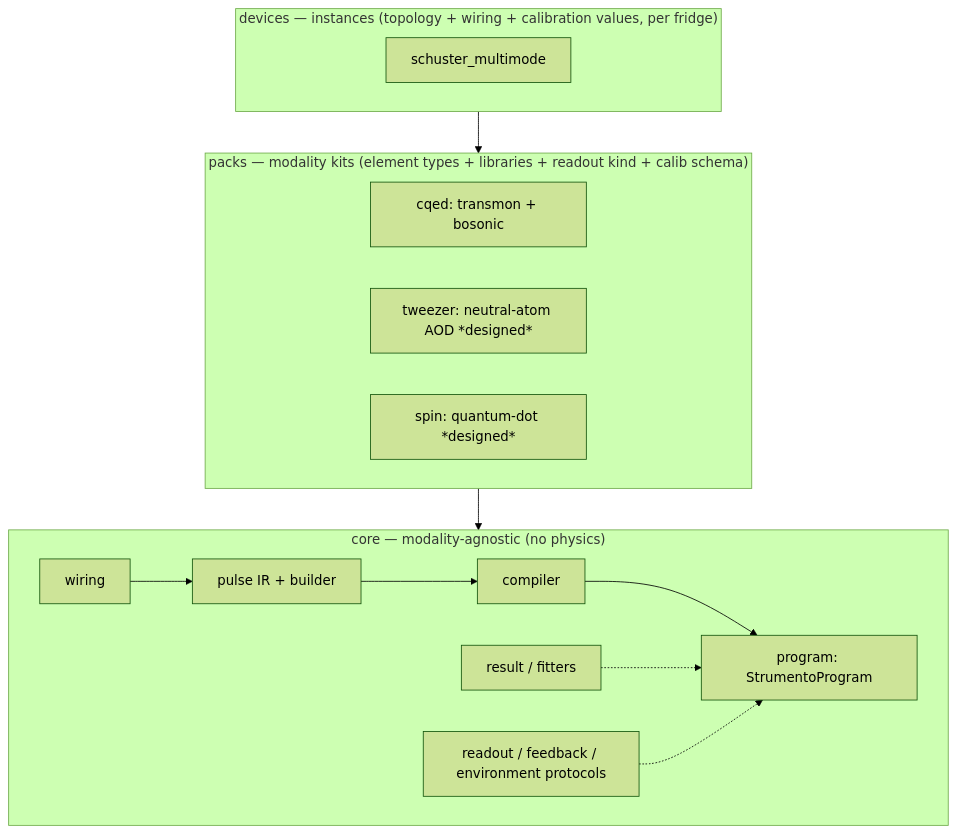
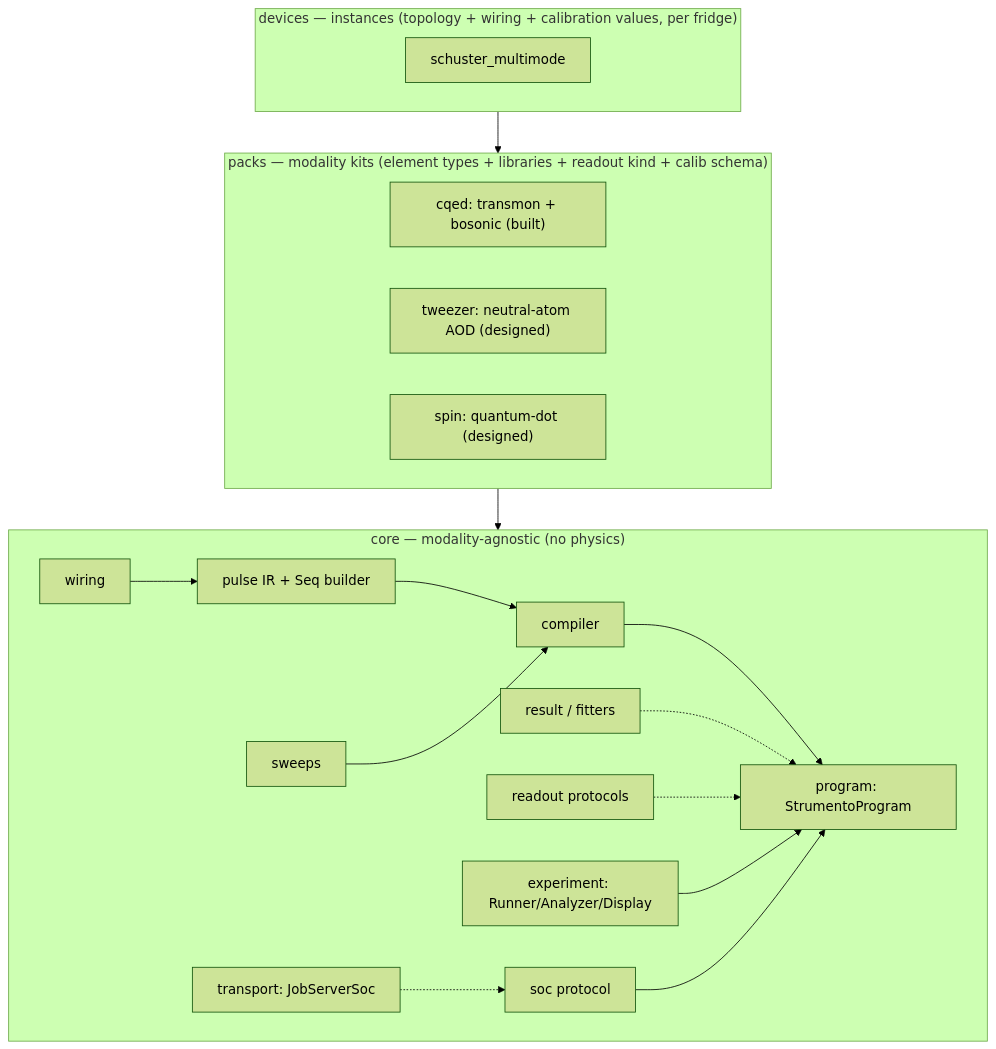
The diagram in README.md (harmoniqs/strumento), drawn with Mermaid (forest theme) before and after one commit. The commit also changed other lines of this file and 2 other files, not shown here.

````diff
--- a/README.md
+++ b/README.md
@@ -56,20 +231,24 @@
 ```mermaid
 flowchart TD
     subgraph core["core — modality-agnostic (no physics)"]
-        W[wiring] --> P[pulse IR + builder]
+        W[wiring] --> P[pulse IR + Seq builder]
         P --> C[compiler]
         C --> PR[program: StrumentoProgram]
+        SW[sweeps] --> C
         R[result / fitters] -.-> PR
-        RK[readout / feedback / environment protocols] -.-> PR
+        RK[readout protocols] -.-> PR
+        EX[experiment: Runner/Analyzer/Display] --> PR
+        SOC[soc protocol] --> PR
+        TR[transport: JobServerSoc] -.-> SOC
     end
     subgraph packs["packs — modality kits (element types + libraries + readout kind + calib schema)"]
-        CQED[cqed: transmon + bosonic]
-        TWZ[tweezer: neutral-atom AOD *designed*]
-        SPIN[spin: quantum-dot *designed*]
+        CQED["cqed: transmon + bosonic (built)"]
+        TWZ["tweezer: neutral-atom AOD (designed)"]
+        SPIN["spin: quantum-dot (designed)"]
     end
     subgraph devices["devices — instances (topology + wiring + calibration values, per fridge)"]
         SM[schuster_multimode]
     end
     packs --> core
     devices --> packs
 ```
````
